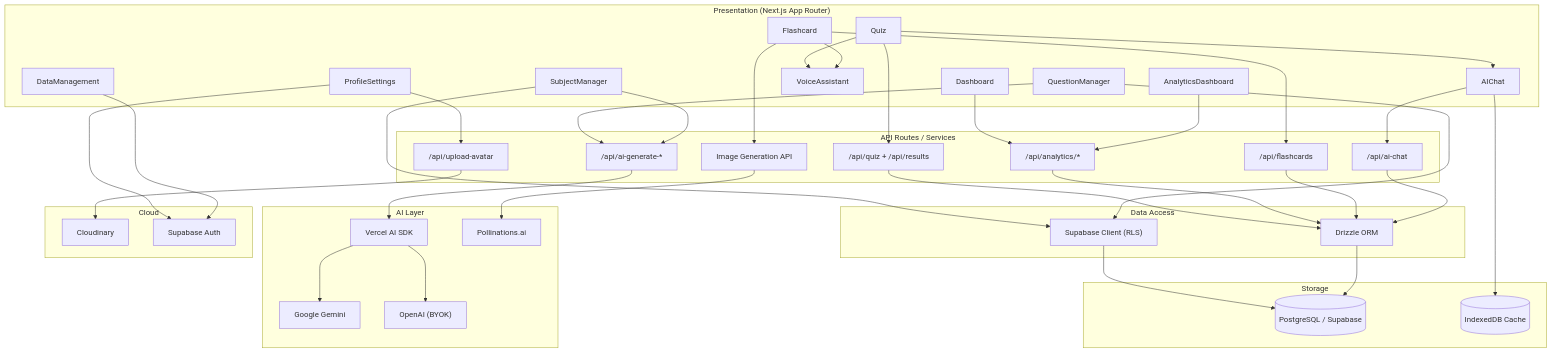
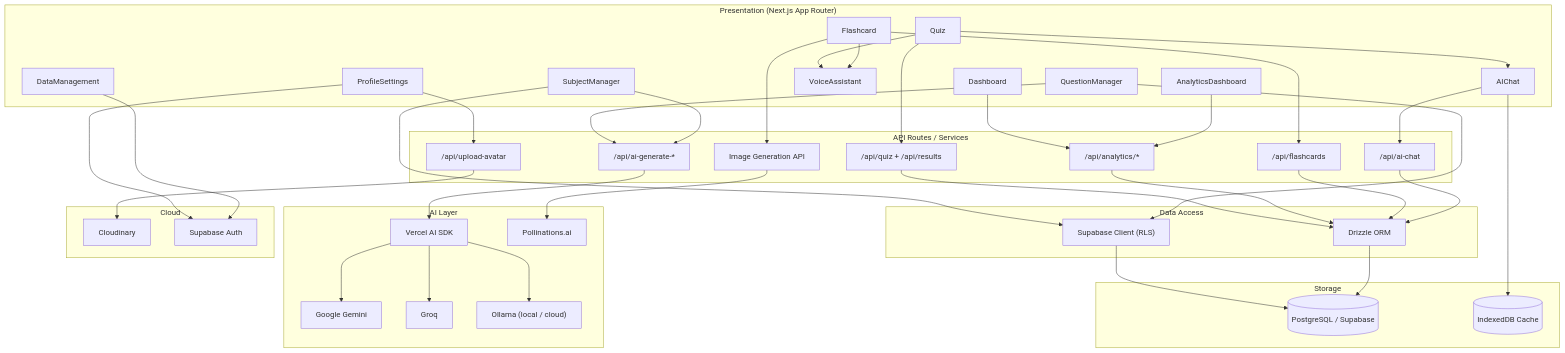
Before and after one commit to neurodivergent-dev/Mindhouse: the diagram in README.md, drawn with Mermaid. The commit also changed other lines of this file and 23 other files, not shown here.

```diff
--- a/README.md
+++ b/README.md
@@ -199,7 +199,8 @@
   subgraph AILayer["AI Layer"]
     VercelAISDK["Vercel AI SDK"]
     Gemini["Google Gemini"]
-    OpenAI["OpenAI (BYOK)"]
+    Groq["Groq"]
+    Ollama["Ollama (local / cloud)"]
     Pollinations["Pollinations.ai"]
   end
 
@@ -240,7 +241,8 @@
   SubjectManager --> AIGenAPI
   AIGenAPI --> VercelAISDK
   VercelAISDK --> Gemini
-  VercelAISDK --> OpenAI
+  VercelAISDK --> Groq
+  VercelAISDK --> Ollama
   Flashcard --> ImageAPI
   ImageAPI --> Pollinations
 
```
